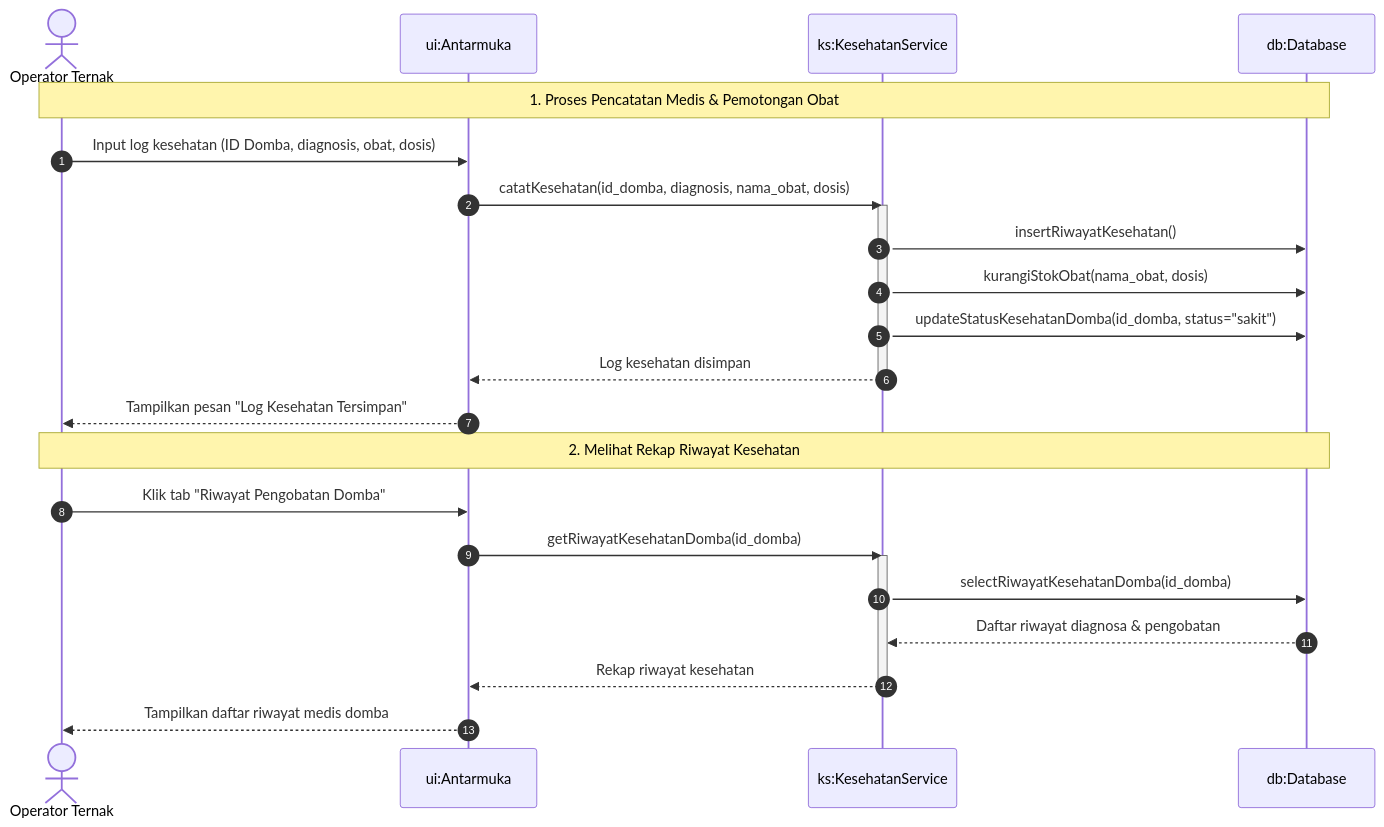
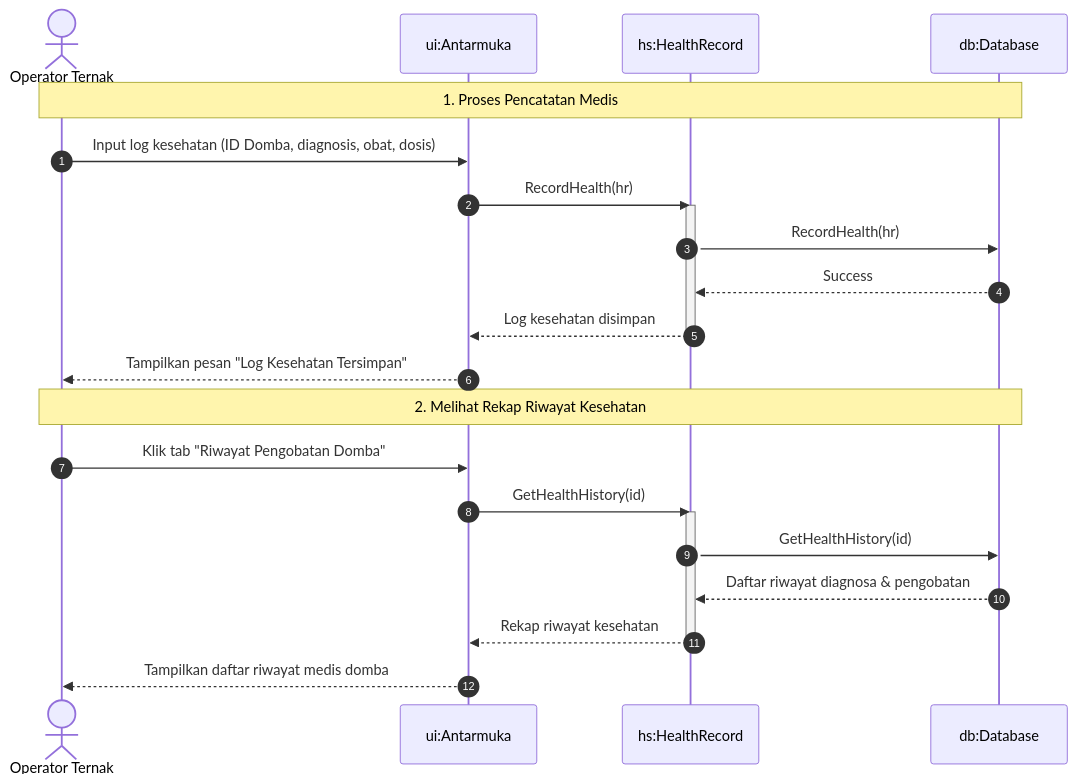
Before and after one commit to MuhammadHamidy/Farmease: diagram 11 of 11 in docs/livestock_module_sequence_diagrams.md, drawn with Mermaid. The commit also changed other lines of this file and 299 other files, not shown here.

````diff
--- a/docs/livestock_module_sequence_diagrams.md
+++ b/docs/livestock_module_sequence_diagrams.md
@@ -299,31 +281,30 @@
 ```mermaid
 sequenceDiagram
     autonumber
     actor Operator as Operator Ternak
     participant UI as ui:Antarmuka
-    participant KS as ks:KesehatanService
+    participant HS as hs:HealthRecord
     participant DB as db:Database
 
     %% 8.1. Pencatatan Kesehatan
-    Note over Operator, DB: 1. Proses Pencatatan Medis & Pemotongan Obat
+    Note over Operator, DB: 1. Proses Pencatatan Medis
     Operator->>UI: Input log kesehatan (ID Domba, diagnosis, obat, dosis)
-    UI->>KS: catatKesehatan(id_domba, diagnosis, nama_obat, dosis)
-    activate KS
-    KS->>DB: insertRiwayatKesehatan()
-    KS->>DB: kurangiStokObat(nama_obat, dosis)
-    KS->>DB: updateStatusKesehatanDomba(id_domba, status="sakit")
-    KS-->>UI: Log kesehatan disimpan
-    deactivate KS
+    UI->>HS: RecordHealth(hr)
+    activate HS
+    HS->>DB: RecordHealth(hr)
+    DB-->>HS: Success
+    HS-->>UI: Log kesehatan disimpan
+    deactivate HS
     UI-->>Operator: Tampilkan pesan "Log Kesehatan Tersimpan"
 
     %% 8.2. Melihat Riwayat Pengobatan
     Note over Operator, DB: 2. Melihat Rekap Riwayat Kesehatan
     Operator->>UI: Klik tab "Riwayat Pengobatan Domba"
-    UI->>KS: getRiwayatKesehatanDomba(id_domba)
-    activate KS
-    KS->>DB: selectRiwayatKesehatanDomba(id_domba)
-    DB-->>KS: Daftar riwayat diagnosa & pengobatan
-    KS-->>UI: Rekap riwayat kesehatan
-    deactivate KS
+    UI->>HS: GetHealthHistory(id)
+    activate HS
+    HS->>DB: GetHealthHistory(id)
+    DB-->>HS: Daftar riwayat diagnosa & pengobatan
+    HS-->>UI: Rekap riwayat kesehatan
+    deactivate HS
     UI-->>Operator: Tampilkan daftar riwayat medis domba
 ```
````
